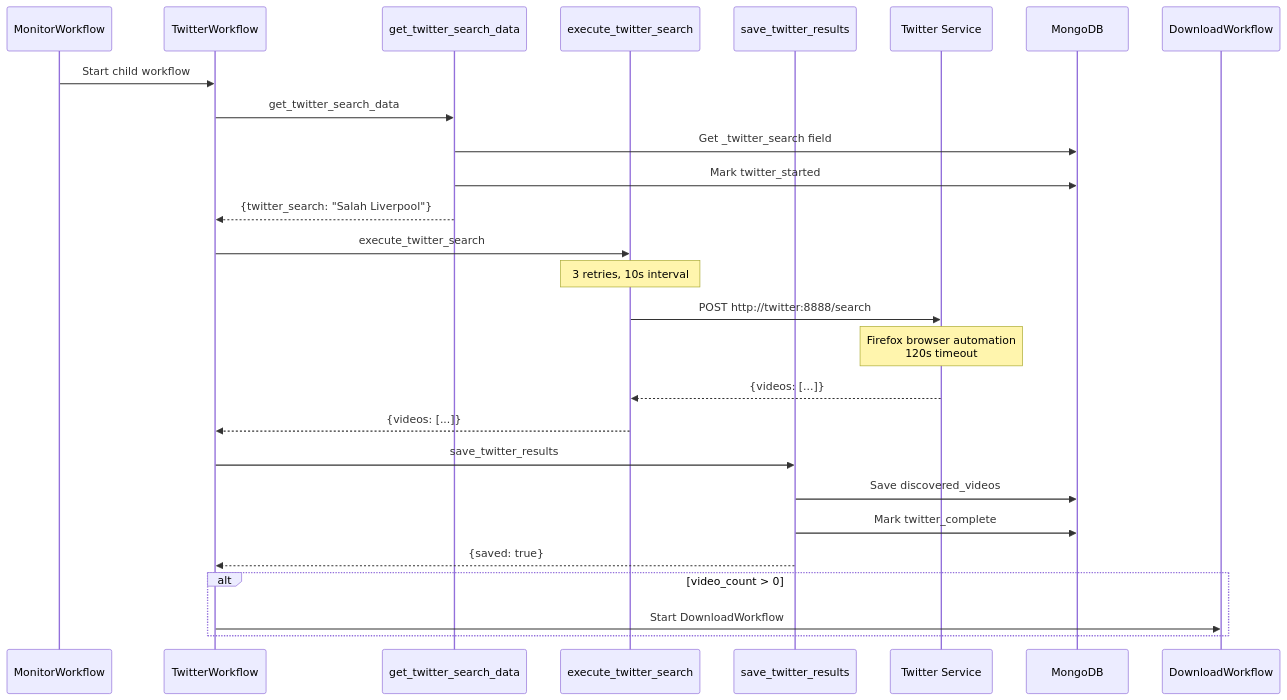
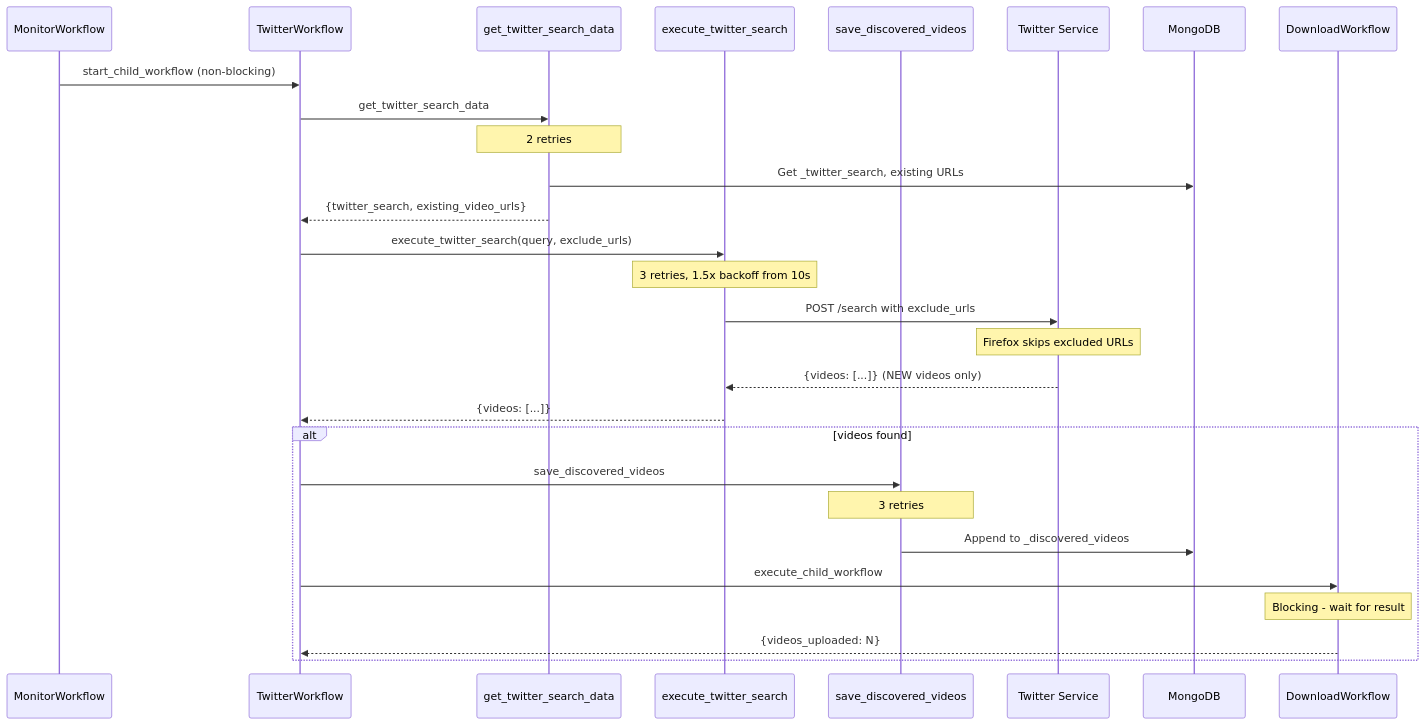
The fifth of 6 diagrams in TEMPORAL_WORKFLOWS.md (vedantadhobley/found-footy), drawn with Mermaid before and after one commit. The commit also changed other lines of this file and 19 other files, not shown here.

````diff
--- a/TEMPORAL_WORKFLOWS.md
+++ b/TEMPORAL_WORKFLOWS.md
@@ -230,34 +222,35 @@
 ```mermaid
 sequenceDiagram
     participant MW as MonitorWorkflow
     participant TW as TwitterWorkflow
     participant A1 as get_twitter_search_data
     participant A2 as execute_twitter_search
-    participant A3 as save_twitter_results
+    participant A3 as save_discovered_videos
     participant TS as Twitter Service
     participant DB as MongoDB
     participant DW as DownloadWorkflow
     
-    MW->>TW: Start child workflow
+    MW->>TW: start_child_workflow (non-blocking)
     
     TW->>A1: get_twitter_search_data
-    A1->>DB: Get _twitter_search field
-    A1->>DB: Mark twitter_started
-    A1-->>TW: {twitter_search: "Salah Liverpool"}
+    Note over A1: 2 retries
+    A1->>DB: Get _twitter_search, existing URLs
+    A1-->>TW: {twitter_search, existing_video_urls}
     
-    TW->>A2: execute_twitter_search
-    Note over A2: 3 retries, 10s interval
-    A2->>TS: POST http://twitter:8888/search
-    Note over TS: Firefox browser automation<br/>120s timeout
-    TS-->>A2: {videos: [...]}
+    TW->>A2: execute_twitter_search(query, exclude_urls)
+    Note over A2: 3 retries, 1.5x backoff from 10s
+    A2->>TS: POST /search with exclude_urls
+    Note over TS: Firefox skips excluded URLs
+    TS-->>A2: {videos: [...]} (NEW videos only)
     A2-->>TW: {videos: [...]}
     
-    TW->>A3: save_twitter_results
-    A3->>DB: Save discovered_videos
-    A3->>DB: Mark twitter_complete
-    A3-->>TW: {saved: true}
-    
-    alt video_count > 0
-        TW->>DW: Start DownloadWorkflow
+    alt videos found
+        TW->>A3: save_discovered_videos
+        Note over A3: 3 retries
+        A3->>DB: Append to _discovered_videos
+        
+        TW->>DW: execute_child_workflow
+        Note over DW: Blocking - wait for result
+        DW-->>TW: {videos_uploaded: N}
     end
 ```
````
